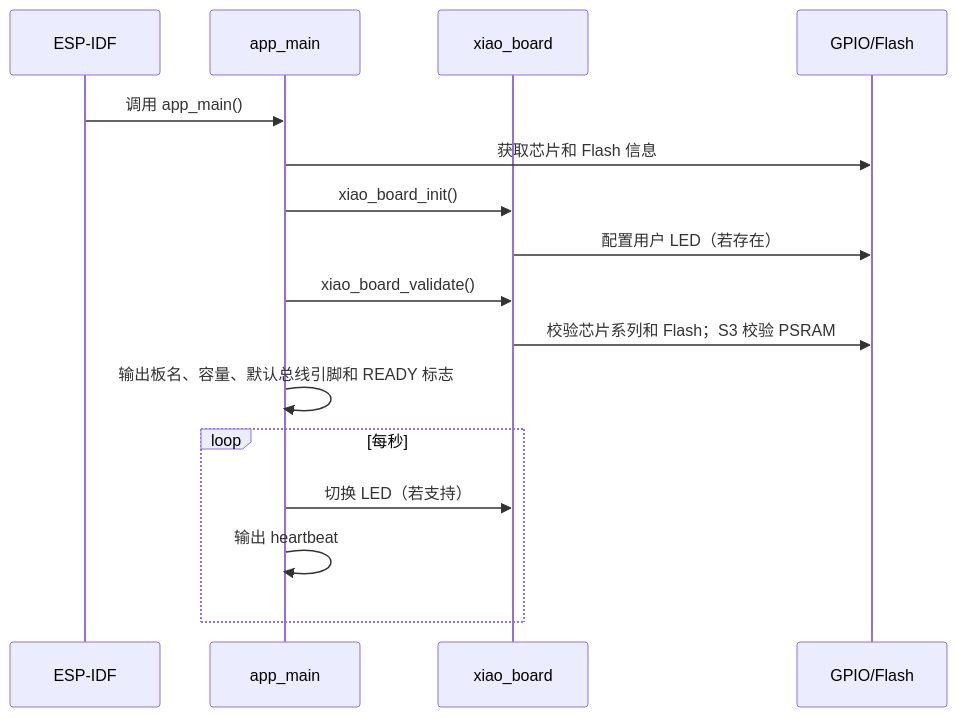
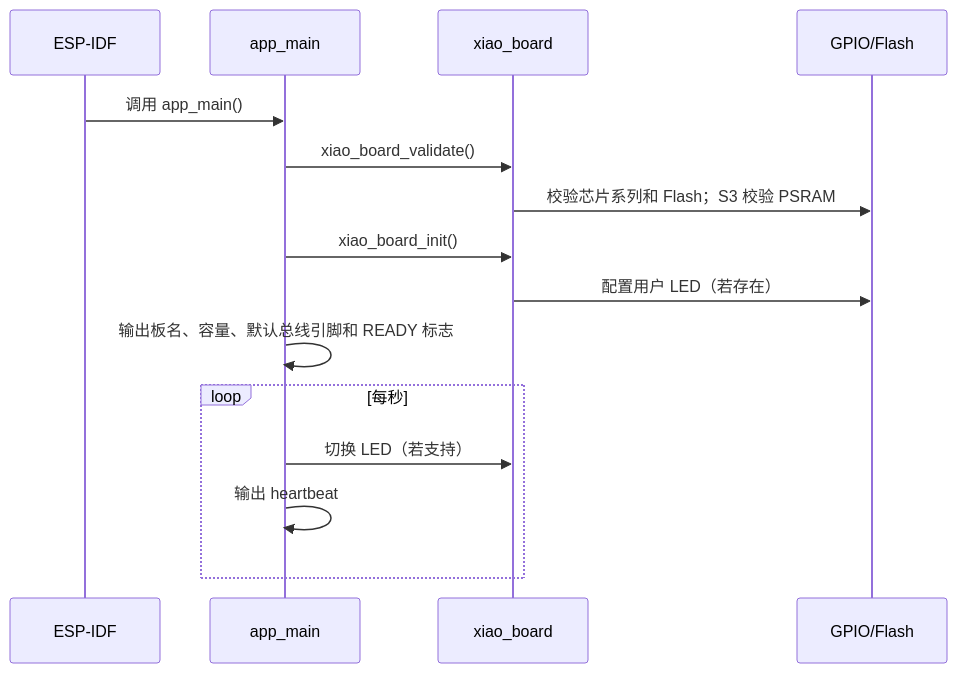
One commit to ashllll/xiao-esp32-platformio-idf changed the diagram in docs/firmware/architecture.md. Above: the diagram before and after it, drawn with Mermaid. The commit also changed 21 other files, not shown here.

````diff
--- a/docs/firmware/architecture.md
+++ b/docs/firmware/architecture.md
@@ -23,18 +23,17 @@
 ```mermaid
 sequenceDiagram
     participant IDF as ESP-IDF
     participant App as app_main
     participant Board as xiao_board
     participant HW as GPIO/Flash
     IDF->>App: 调用 app_main()
-    App->>HW: 获取芯片和 Flash 信息
+    App->>Board: xiao_board_validate()
+    Board->>HW: 校验芯片系列和 Flash；S3 校验 PSRAM
     App->>Board: xiao_board_init()
     Board->>HW: 配置用户 LED（若存在）
-    App->>Board: xiao_board_validate()
-    Board->>HW: 校验芯片系列和 Flash；S3 校验 PSRAM
     App->>App: 输出板名、容量、默认总线引脚和 READY 标志
     loop 每秒
         App->>Board: 切换 LED（若支持）
         App->>App: 输出 heartbeat
     end
 ```
````
